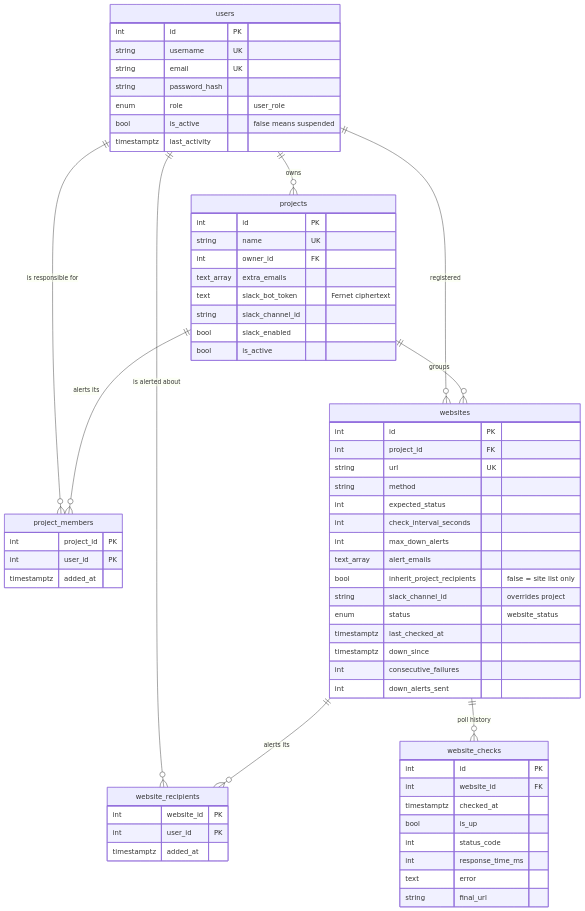
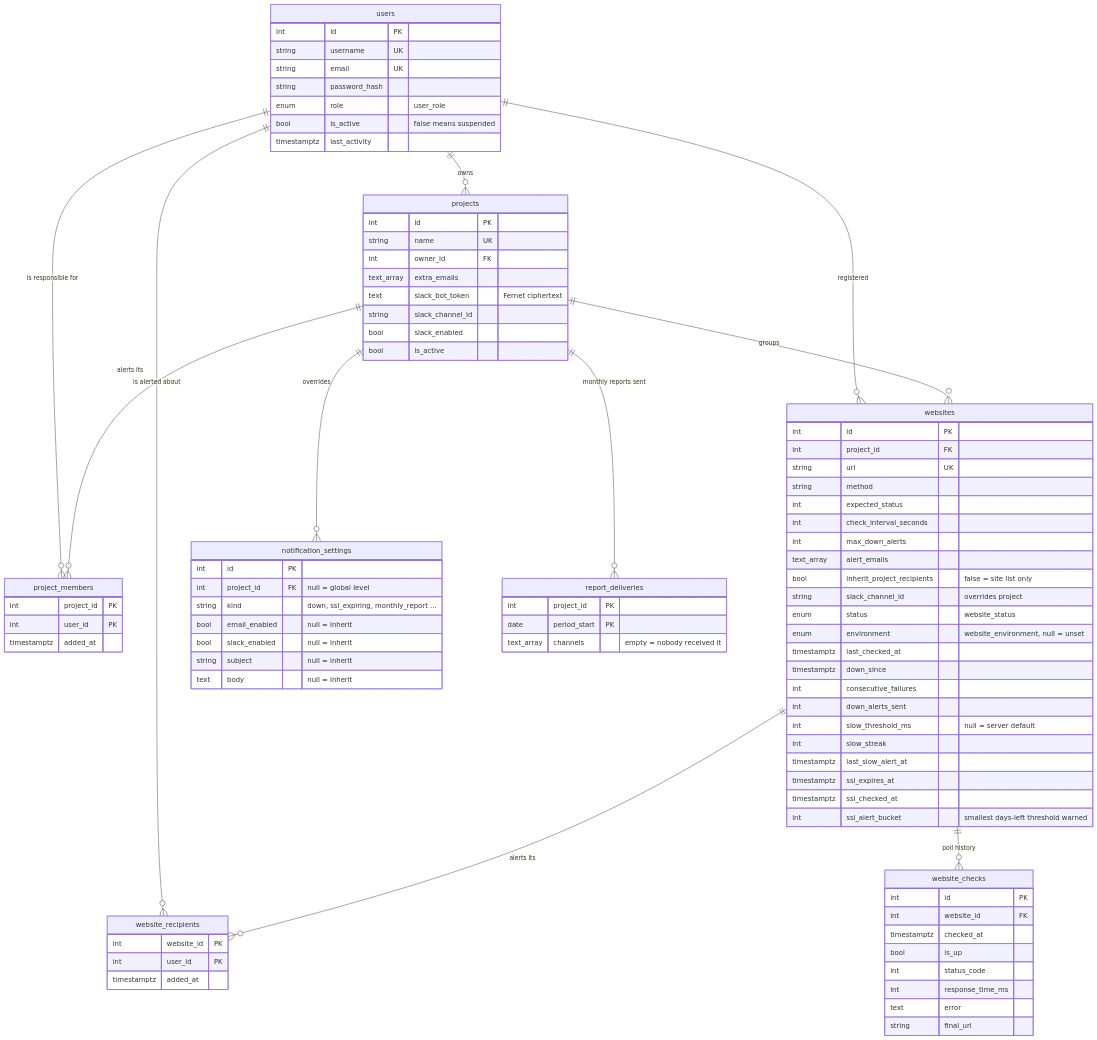
Before and after one commit to TahjibNil75/watchly: the third of 6 diagrams in doc/hld.md, drawn with Mermaid. The commit also changed other lines of this file and 75 other files, not shown here.

```diff
--- a/doc/hld.md
+++ b/doc/hld.md
@@ -164,6 +175,8 @@
     users ||--o{ website_recipients : "is alerted about"
     websites ||--o{ website_recipients : "alerts its"
     websites ||--o{ website_checks : "poll history"
+    projects ||--o{ notification_settings : "overrides"
+    projects ||--o{ report_deliveries : "monthly reports sent"
 
     users {
         int id PK
@@ -201,10 +214,31 @@
         bool inherit_project_recipients "false = site list only"
         string slack_channel_id "overrides project"
         enum status "website_status"
+        enum environment "website_environment, null = unset"
         timestamptz last_checked_at
         timestamptz down_since
         int consecutive_failures
         int down_alerts_sent
+        int slow_threshold_ms "null = server default"
+        int slow_streak
+        timestamptz last_slow_alert_at
+        timestamptz ssl_expires_at
+        timestamptz ssl_checked_at
+        int ssl_alert_bucket "smallest days-left threshold warned"
+    }
+    notification_settings {
+        int id PK
+        int project_id FK "null = global level"
+        string kind "down, ssl_expiring, monthly_report ..."
+        bool email_enabled "null = inherit"
+        bool slack_enabled "null = inherit"
+        string subject "null = inherit"
+        text body "null = inherit"
+    }
+    report_deliveries {
+        int project_id PK
+        date period_start PK
+        text_array channels "empty = nobody received it"
     }
     website_recipients {
         int website_id PK
```
